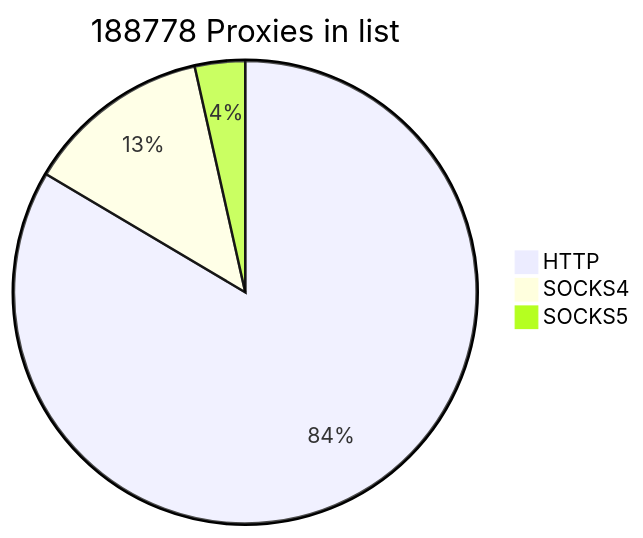
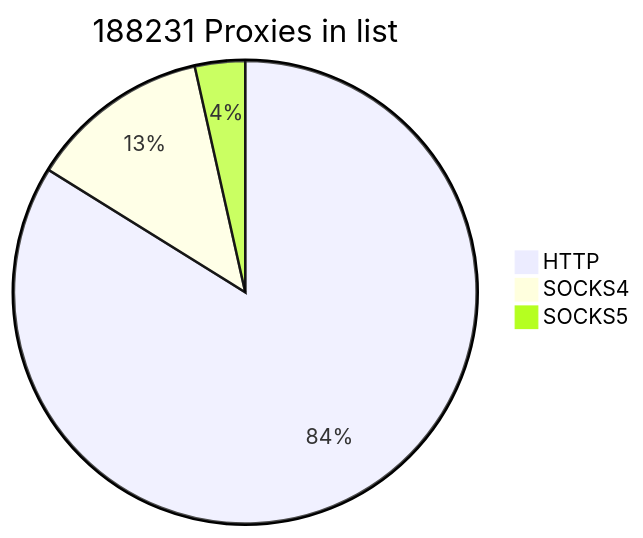
Before and after one commit to cutipu/proxylist: the first of 2 diagrams in README.md, drawn with Mermaid. The commit also changed other lines of this file, not shown here.

````diff
--- a/README.md
+++ b/README.md
@@ -2,7 +2,7 @@
 ```mermaid
-pie title 188778 Proxies in list
-    "HTTP" : 157668
-    "SOCKS4" : 24484
-    "SOCKS5" : 6626
+pie title 188231 Proxies in list
+    "HTTP" : 157847
+    "SOCKS4" : 23787
+    "SOCKS5" : 6597
             
 ```
````
